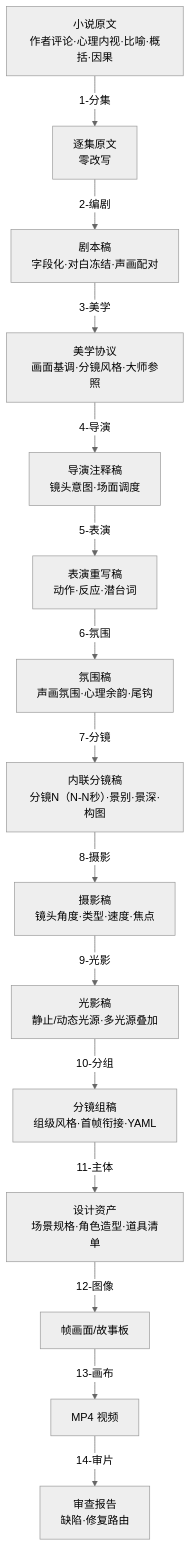
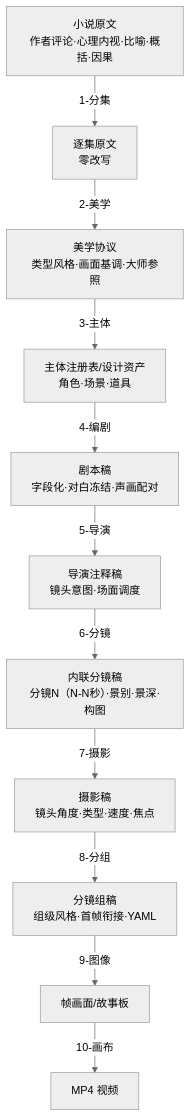
The second of 2 diagrams in .agents/skills/aigc/CONTEXT.md (ZEN-VOID/AI-CUT), drawn with Mermaid (neutral theme) before and after one commit. The commit also changed other lines of this file and 1012 other files, not shown here.

````diff
--- a/.agents/skills/aigc/CONTEXT.md
+++ b/.agents/skills/aigc/CONTEXT.md
@@ -121,17 +117,13 @@
 ```mermaid
 flowchart TD
     N["小说原文<br/>作者评论·心理内视·比喻·概括·因果"] -->|"1-分集"| A["逐集原文<br/>零改写"]
-    A -->|"2-编剧"| B["剧本稿<br/>字段化·对白冻结·声画配对"]
-    B -->|"3-美学"| C["美学协议<br/>画面基调·分镜风格·大师参照"]
-    C -->|"4-导演"| D["导演注释稿<br/>镜头意图·场面调度"]
-    D -->|"5-表演"| E["表演重写稿<br/>动作·反应·潜台词"]
-    E -->|"6-氛围"| F["氛围稿<br/>声画氛围·心理余韵·尾钩"]
-    F -->|"7-分镜"| K["内联分镜稿<br/>分镜N（N-N秒）·景别·景深·构图"]
-    K -->|"8-摄影"| K2["摄影稿<br/>镜头角度·类型·速度·焦点"]
-    K2 -->|"9-光影"| K3["光影稿<br/>静止/动态光源·多光源叠加"]
-    K3 -->|"10-分组"| K4["分镜组稿<br/>组级风格·首帧衔接·YAML"]
-    K4 -->|"11-主体"| G["设计资产<br/>场景规格·角色造型·道具清单"]
-    G -->|"12-图像"| H["帧画面/故事板"]
-    H -->|"13-画布"| I["MP4 视频"]
-    I -->|"14-审片"| J["审查报告<br/>缺陷·修复路由"]
+    A -->|"2-美学"| C["美学协议<br/>类型风格·画面基调·大师参照"]
+    C -->|"3-主体"| G["主体注册表/设计资产<br/>角色·场景·道具"]
+    G -->|"4-编剧"| B["剧本稿<br/>字段化·对白冻结·声画配对"]
+    B -->|"5-导演"| D["导演注释稿<br/>镜头意图·场面调度"]
+    D -->|"6-分镜"| K["内联分镜稿<br/>分镜N（N-N秒）·景别·景深·构图"]
+    K -->|"7-摄影"| K2["摄影稿<br/>镜头角度·类型·速度·焦点"]
+    K2 -->|"8-分组"| K4["分镜组稿<br/>组级风格·首帧衔接·YAML"]
+    K4 -->|"9-图像"| H["帧画面/故事板"]
+    H -->|"10-画布"| I["MP4 视频"]
 ```
````
